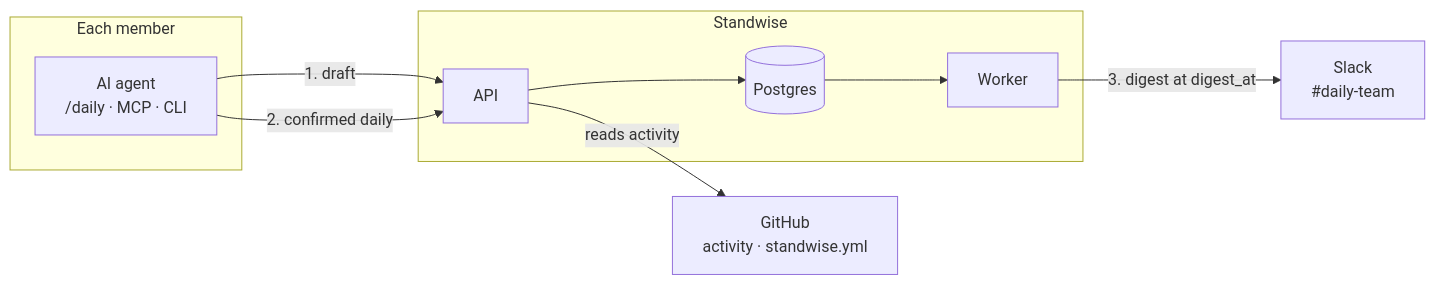
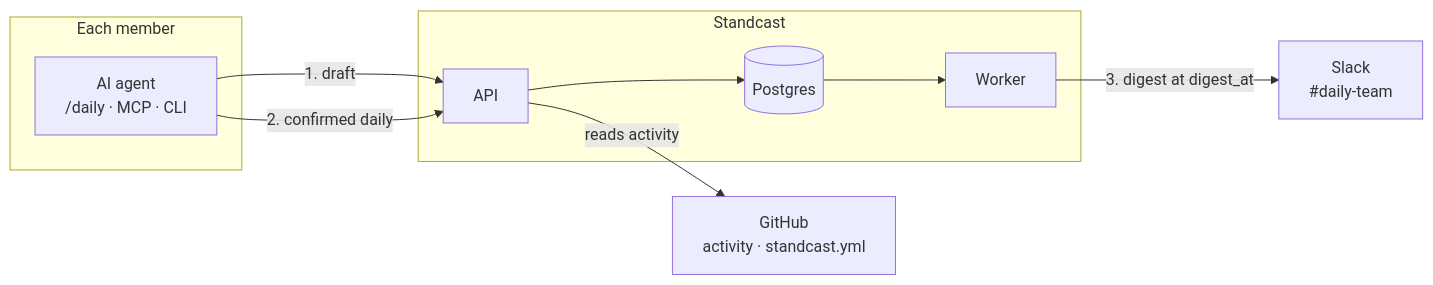
The diagram in README.md (ImFelipeOliveira/standwise), drawn with Mermaid before and after one commit. The commit also changed other lines of this file and 311 other files, not shown here.

First line of the commit message:
refactor!: rename Standwise to Standcast

````diff
--- a/README.md
+++ b/README.md
@@ -82,20 +86,20 @@
 ```mermaid
 flowchart LR
     subgraph Member["Each member"]
         A["AI agent<br/>/daily · MCP · CLI"]
     end
-    subgraph SW["Standwise"]
+    subgraph SW["Standcast"]
         API["API"]
         W["Worker"]
         DB[("Postgres")]
     end
-    GH["GitHub<br/>activity · standwise.yml"]
+    GH["GitHub<br/>activity · standcast.yml"]
     SL["Slack<br/>#daily-team"]
 
     A -- "1. draft" --> API
     API -- "reads activity" --> GH
     A -- "2. confirmed daily" --> API
     API --> DB
     W -- "3. digest at digest_at" --> SL
     DB --> W
 ```
````
